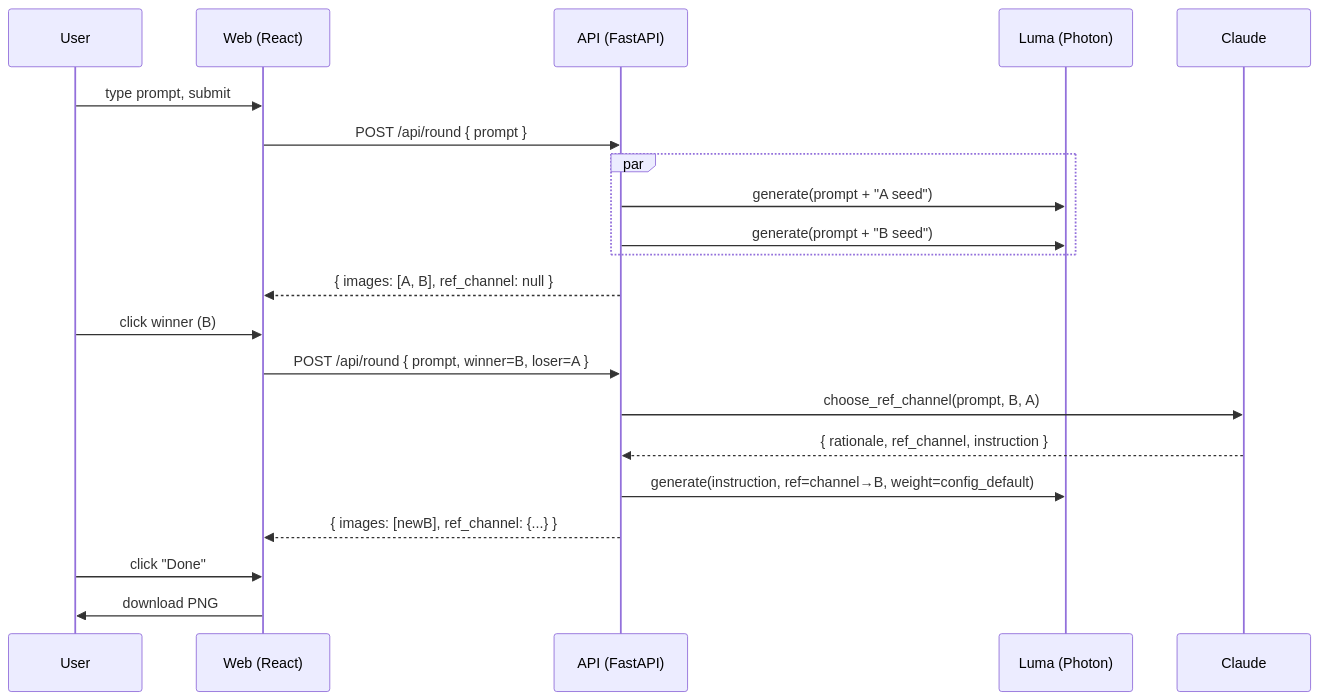
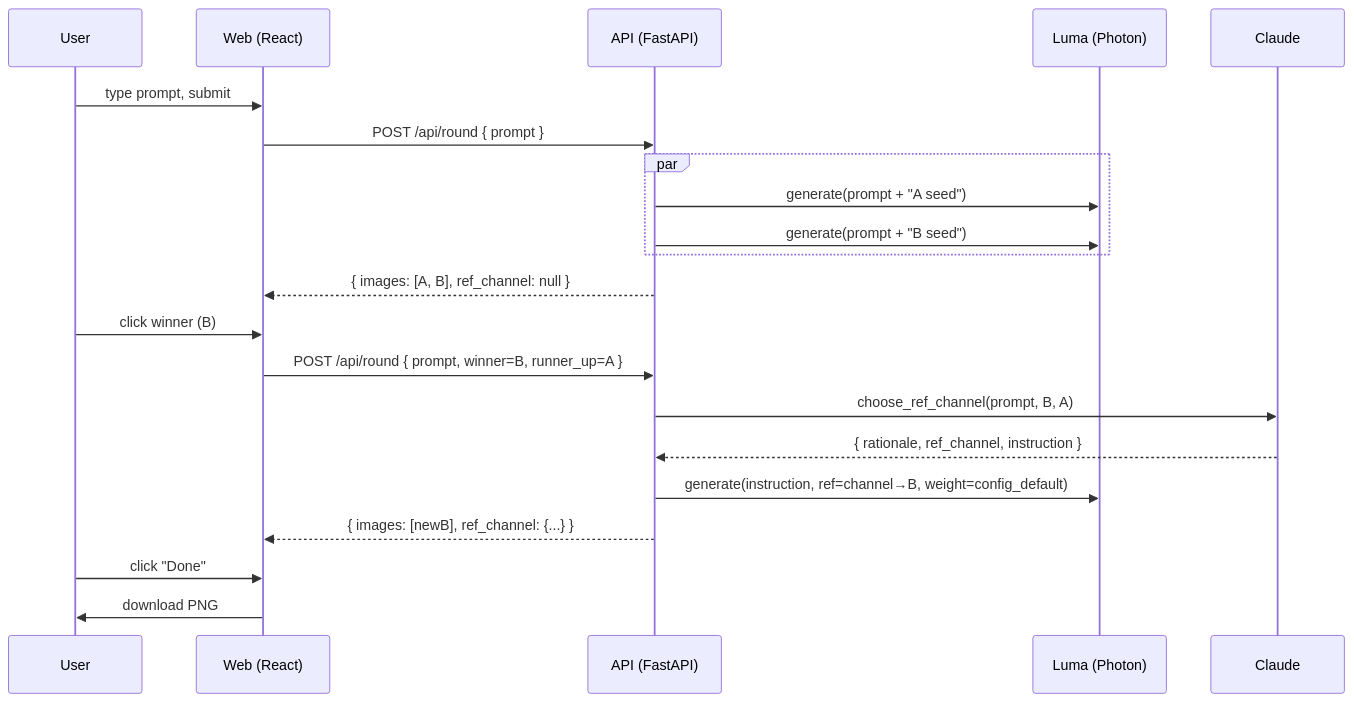
Before and after one commit to milasaurus/image-morpher: the diagram in docs/plan.md, drawn with Mermaid. The commit also changed other lines of this file and 2 other files, not shown here.

First line of the commit message:
refactor: rename loser → runner_up; document choose_ref_channel

````diff
--- a/docs/plan.md
+++ b/docs/plan.md
@@ -173,26 +173,26 @@
 ```mermaid
 sequenceDiagram
   participant U as User
   participant W as Web (React)
   participant A as API (FastAPI)
   participant L as Luma (Photon)
   participant C as Claude
 
   U->>W: type prompt, submit
   W->>A: POST /api/round { prompt }
   par
     A->>L: generate(prompt + "A seed")
     A->>L: generate(prompt + "B seed")
   end
   A-->>W: { images: [A, B], ref_channel: null }
 
   U->>W: click winner (B)
-  W->>A: POST /api/round { prompt, winner=B, loser=A }
+  W->>A: POST /api/round { prompt, winner=B, runner_up=A }
   A->>C: choose_ref_channel(prompt, B, A)
   C-->>A: { rationale, ref_channel, instruction }
   A->>L: generate(instruction, ref=channel→B, weight=config_default)
   A-->>W: { images: [newB], ref_channel: {...} }
 
   U->>W: click "Done"
   W->>U: download PNG
 ```
````
